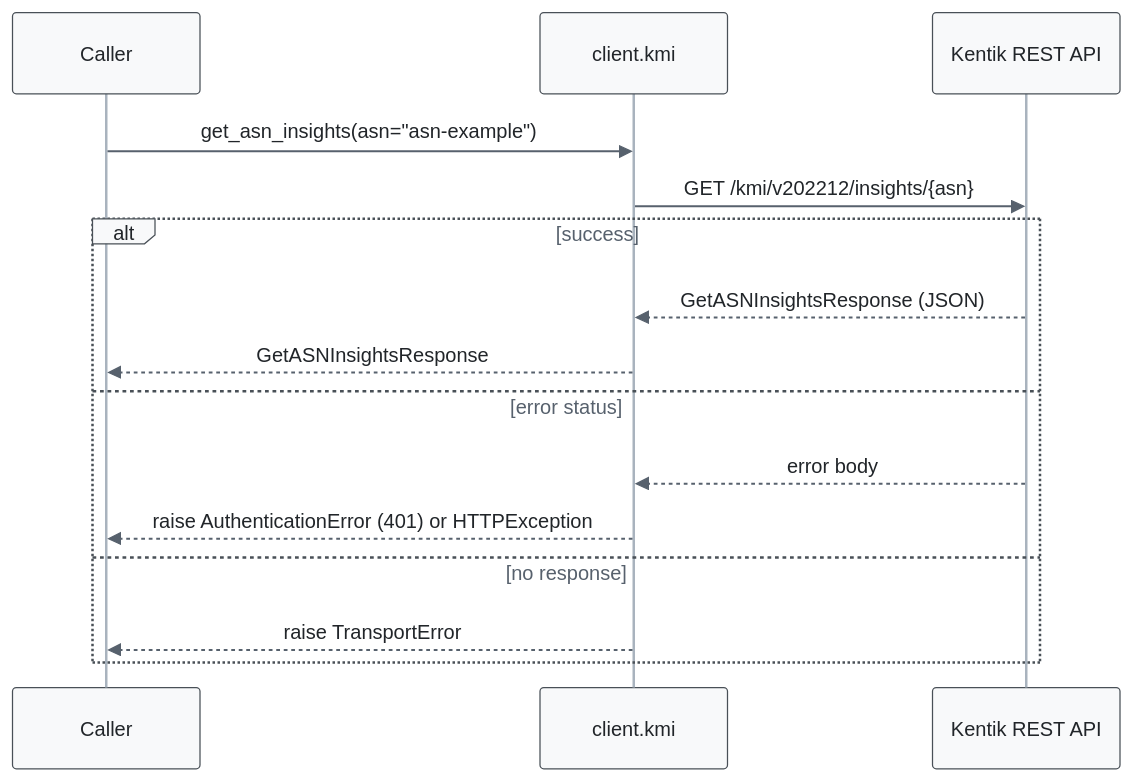
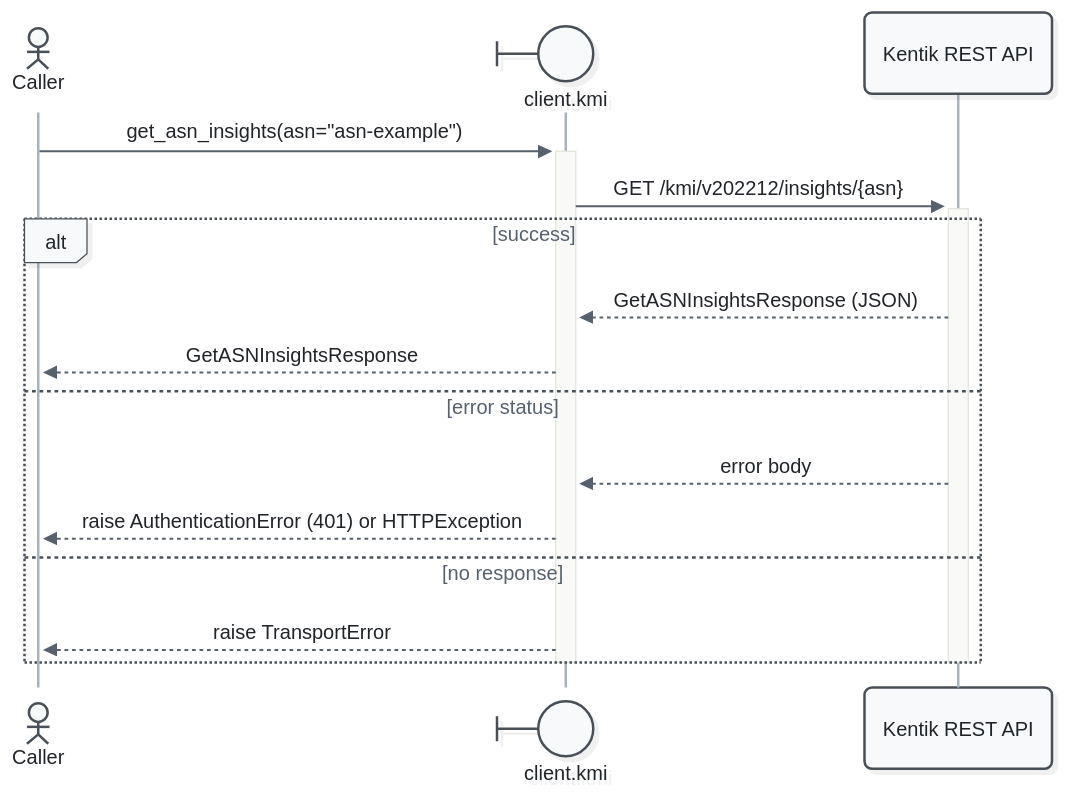
The third of 11 diagrams in docs/sphinx/services/kmi.md (alexdearaujo/community_sdk_python), drawn with Mermaid before and after one commit. The commit also changed other lines of this file and 52 other files, not shown here.

First line of the commit message:
docs: Mermaid 12 sequence diagrams with participant types and path colors

````diff
--- a/docs/sphinx/services/kmi.md
+++ b/docs/sphinx/services/kmi.md
@@ -114,19 +119,21 @@
 ```mermaid
-%%{init: {"theme": "base", "fontFamily": "ui-monospace, SFMono-Regular, Menlo, monospace", "themeVariables": {"fontFamily": "ui-monospace, SFMono-Regular, Menlo, monospace", "primaryColor": "#f8f9fa", "primaryBorderColor": "#495057", "primaryTextColor": "#212529", "textColor": "#212529", "lineColor": "#77818c", "edgeLabelBackground": "#ffffff", "actorBkg": "#f8f9fa", "actorBorder": "#495057", "actorTextColor": "#212529", "actorLineColor": "#a9b3be", "signalColor": "#57616d", "signalTextColor": "#212529", "labelBoxBkgColor": "#f8f9fa", "labelBoxBorderColor": "#495057", "labelTextColor": "#212529", "loopTextColor": "#57616d", "noteBkgColor": "#fff9db", "noteBorderColor": "#f08c00", "noteTextColor": "#a35a00"}, "flowchart": {"curve": "step", "nodeSpacing": 30, "rankSpacing": 70, "wrappingWidth": 400}}}%%
+%%{init: {"theme": "redux", "look": "neo", "layout": "dagre", "fontFamily": "ui-monospace, SFMono-Regular, Menlo, monospace", "themeVariables": {"fontFamily": "ui-monospace, SFMono-Regular, Menlo, monospace", "primaryColor": "#f8f9fa", "primaryBorderColor": "#495057", "primaryTextColor": "#212529", "textColor": "#212529", "lineColor": "#77818c", "edgeLabelBackground": "#ffffff", "actorBkg": "#f8f9fa", "actorBorder": "#495057", "actorTextColor": "#212529", "actorLineColor": "#a9b3be", "signalColor": "#57616d", "signalTextColor": "#212529", "labelBoxBkgColor": "#f8f9fa", "labelBoxBorderColor": "#495057", "labelTextColor": "#212529", "loopTextColor": "#57616d", "noteBkgColor": "#fff9db", "noteBorderColor": "#f08c00", "noteTextColor": "#a35a00"}, "sequence": {"activationWidth": 16}, "flowchart": {"curve": "step", "nodeSpacing": 30, "rankSpacing": 70, "wrappingWidth": 400}}}%%
 sequenceDiagram
-    participant C as Caller
-    participant W as client.kmi
+    actor C as Caller
+    participant W@{ "type": "boundary" } as client.kmi
     participant API as Kentik REST API
 
-    C->>W: get_asn_insights(asn="asn-example")
-    W->>API: GET /kmi/v202212/insights/{asn}
+    C->>+W: get_asn_insights(asn="asn-example")
+    W->>+API: GET /kmi/v202212/insights/{asn}
     alt success
         API-->>W: GetASNInsightsResponse (JSON)
         W-->>C: GetASNInsightsResponse
     else error status
         API-->>W: error body
         W-->>C: raise AuthenticationError (401) or HTTPException
     else no response
         W-->>C: raise TransportError
     end
+    deactivate API
+    deactivate W
 ```
````
